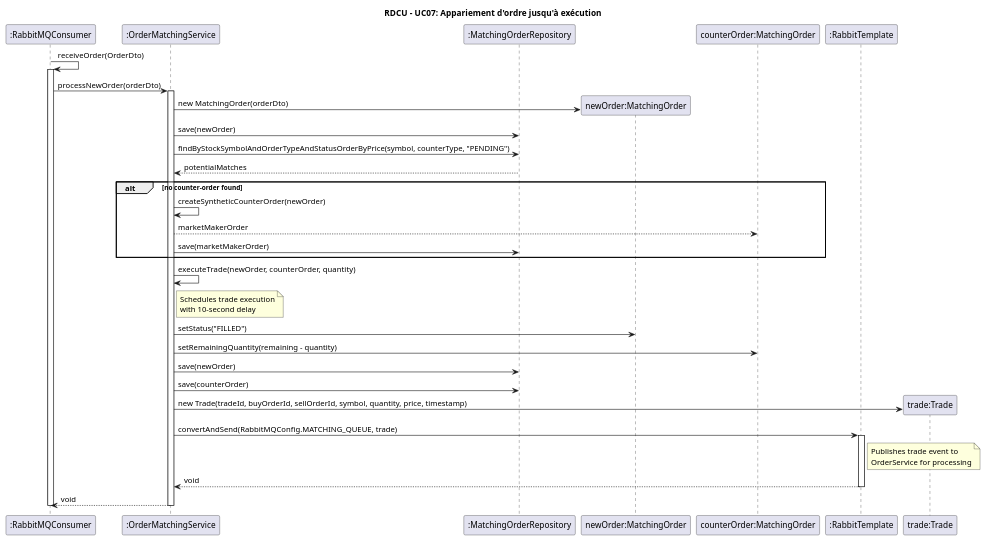
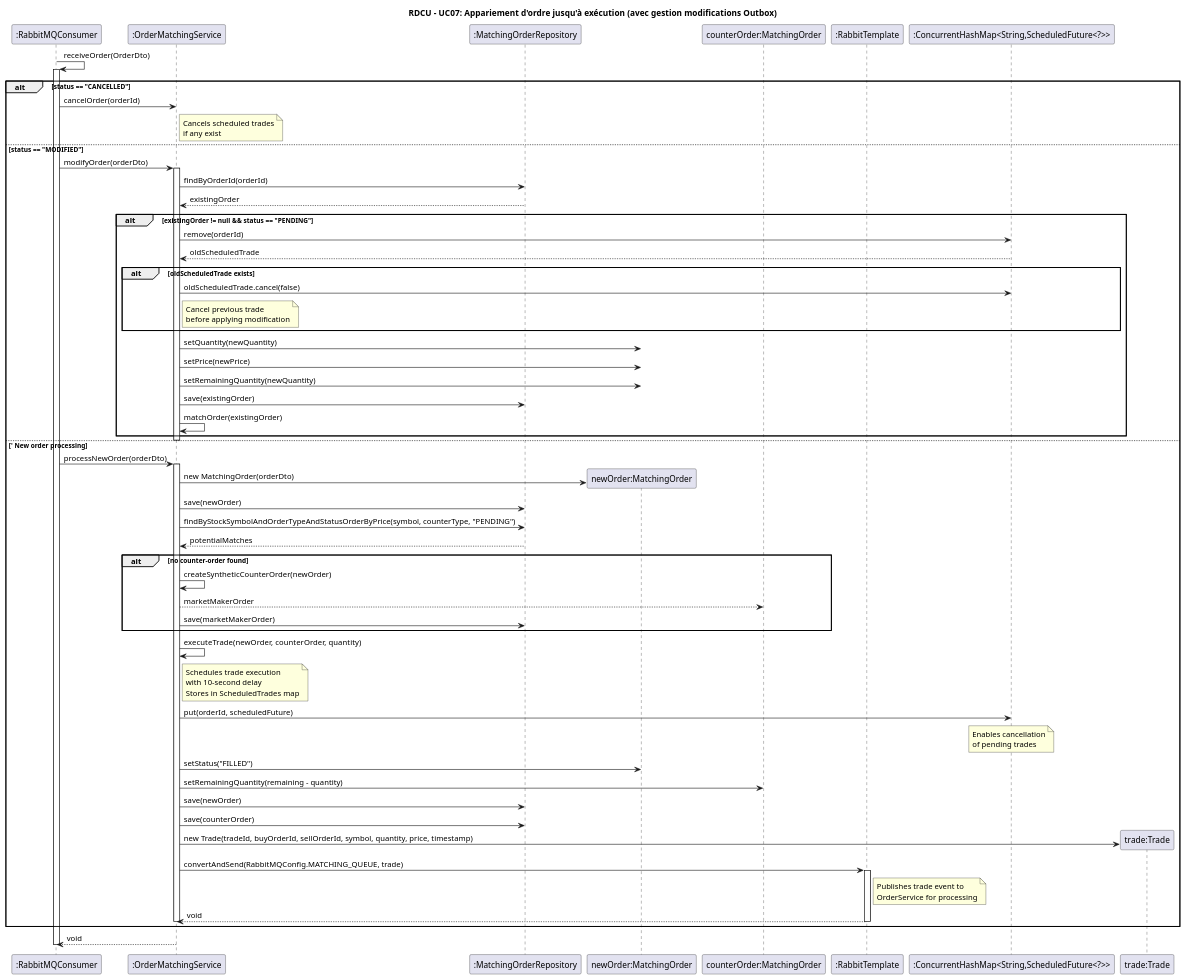
The diagram in docs/views/rdcu_uc07.puml (primika27/BrokerX-phase2-micorservices-), drawn with PlantUML before and after one commit. The commit also changed 6 other files, not shown here.

```diff
--- a/docs/views/rdcu_uc07.puml
+++ b/docs/views/rdcu_uc07.puml
@@ -1,55 +1,92 @@
 @startuml rdcu_uc07_matching_filled
-title RDCU - UC07: Appariement d'ordre jusqu'à exécution
+title RDCU - UC07: Appariement d'ordre jusqu'à exécution (avec gestion modifications Outbox)
 
 participant ":RabbitMQConsumer" as Consumer
 participant ":OrderMatchingService" as OrderMatching
 participant ":MatchingOrderRepository" as MatchingRepo
 participant "newOrder:MatchingOrder" as NewOrder
 participant "counterOrder:MatchingOrder" as CounterOrder
 participant ":RabbitTemplate" as RabbitMQ
+participant ":ConcurrentHashMap<String,ScheduledFuture<?>>" as ScheduledTrades
 
 Consumer -> Consumer : receiveOrder(OrderDto)
 activate Consumer
 
-Consumer -> OrderMatching : processNewOrder(orderDto)
-activate OrderMatching
+alt status == "CANCELLED"
+    Consumer -> OrderMatching : cancelOrder(orderId)
+    note right of OrderMatching : Cancels scheduled trades\nif any exist
+else status == "MODIFIED"
+    Consumer -> OrderMatching : modifyOrder(orderDto)
+    activate OrderMatching
+    
+    OrderMatching -> MatchingRepo : findByOrderId(orderId)
+    MatchingRepo --> OrderMatching : existingOrder
+    
+    alt existingOrder != null && status == "PENDING"
+        ' Cancel existing scheduled trade first
+        OrderMatching -> ScheduledTrades : remove(orderId)
+        ScheduledTrades --> OrderMatching : oldScheduledTrade
+        
+        alt oldScheduledTrade exists
+            OrderMatching -> ScheduledTrades : oldScheduledTrade.cancel(false)
+            note right of OrderMatching : Cancel previous trade\nbefore applying modification
+        end
+        
+        OrderMatching -> NewOrder : setQuantity(newQuantity)
+        OrderMatching -> NewOrder : setPrice(newPrice)
+        OrderMatching -> NewOrder : setRemainingQuantity(newQuantity)
+        OrderMatching -> MatchingRepo : save(existingOrder)
+        
+        ' Try to match modified order
+        OrderMatching -> OrderMatching : matchOrder(existingOrder)
+    end
+    
+    deactivate OrderMatching
+else ' New order processing
+    Consumer -> OrderMatching : processNewOrder(orderDto)
+    activate OrderMatching
 
-create NewOrder
-OrderMatching -> NewOrder : new MatchingOrder(orderDto)
-OrderMatching -> MatchingRepo : save(newOrder)
+    create NewOrder
+    OrderMatching -> NewOrder : new MatchingOrder(orderDto)
+    OrderMatching -> MatchingRepo : save(newOrder)
 
-OrderMatching -> MatchingRepo : findByStockSymbolAndOrderTypeAndStatusOrderByPrice(symbol, counterType, "PENDING")
-MatchingRepo --> OrderMatching : potentialMatches
+    OrderMatching -> MatchingRepo : findByStockSymbolAndOrderTypeAndStatusOrderByPrice(symbol, counterType, "PENDING")
+    MatchingRepo --> OrderMatching : potentialMatches
 
-alt no counter-order found
-    OrderMatching -> OrderMatching : createSyntheticCounterOrder(newOrder)
-    OrderMatching --> CounterOrder : marketMakerOrder
-    OrderMatching -> MatchingRepo : save(marketMakerOrder)
+    alt no counter-order found
+        OrderMatching -> OrderMatching : createSyntheticCounterOrder(newOrder)
+        OrderMatching --> CounterOrder : marketMakerOrder
+        OrderMatching -> MatchingRepo : save(marketMakerOrder)
+    end
+
+    OrderMatching -> OrderMatching : executeTrade(newOrder, counterOrder, quantity)
+    
+    note right of OrderMatching : Schedules trade execution\nwith 10-second delay\nStores in ScheduledTrades map
+
+    OrderMatching -> ScheduledTrades : put(orderId, scheduledFuture)
+    note over ScheduledTrades : Enables cancellation\nof pending trades
+
+    OrderMatching -> NewOrder : setStatus("FILLED")
+    OrderMatching -> CounterOrder : setRemainingQuantity(remaining - quantity)
+    OrderMatching -> MatchingRepo : save(newOrder)
+    OrderMatching -> MatchingRepo : save(counterOrder)
+
+    create participant "trade:Trade" as Trade
+    OrderMatching -> Trade : new Trade(tradeId, buyOrderId, sellOrderId, symbol, quantity, price, timestamp)
+
+    OrderMatching -> RabbitMQ : convertAndSend(RabbitMQConfig.MATCHING_QUEUE, trade)
+    activate RabbitMQ
+    note right of RabbitMQ
+        Publishes trade event to
+        OrderService for processing
+    end note
+    RabbitMQ --> OrderMatching : void
+    deactivate RabbitMQ
+
+    deactivate OrderMatching
 end
 
-OrderMatching -> OrderMatching : executeTrade(newOrder, counterOrder, quantity)
-
-note right of OrderMatching : Schedules trade execution\nwith 10-second delay
-
-OrderMatching -> NewOrder : setStatus("FILLED")
-OrderMatching -> CounterOrder : setRemainingQuantity(remaining - quantity)
-OrderMatching -> MatchingRepo : save(newOrder)
-OrderMatching -> MatchingRepo : save(counterOrder)
-
-create participant "trade:Trade" as Trade
-OrderMatching -> Trade : new Trade(tradeId, buyOrderId, sellOrderId, symbol, quantity, price, timestamp)
-
-OrderMatching -> RabbitMQ : convertAndSend(RabbitMQConfig.MATCHING_QUEUE, trade)
-activate RabbitMQ
-note right of RabbitMQ
-    Publishes trade event to
-    OrderService for processing
-end note
-RabbitMQ --> OrderMatching : void
-deactivate RabbitMQ
-
 OrderMatching --> Consumer : void
-deactivate OrderMatching
 deactivate Consumer
 
 @enduml
```
